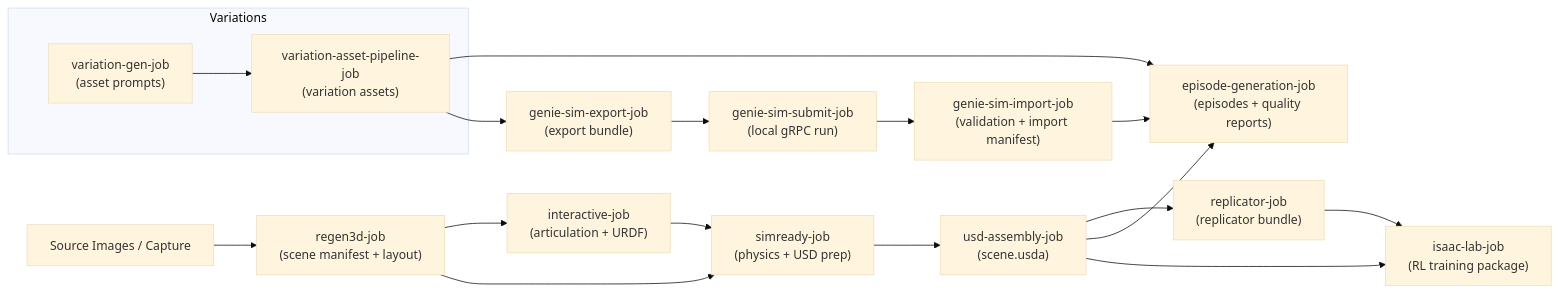
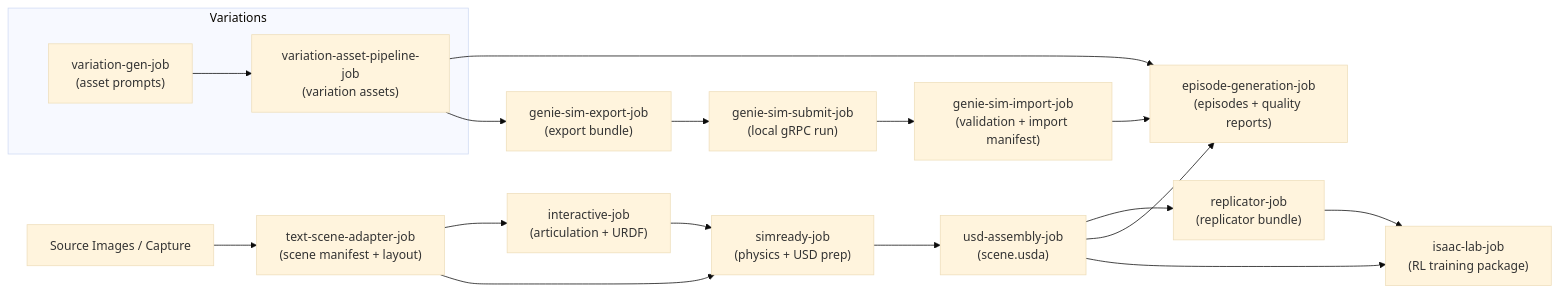
The diagram in docs/architecture/pipeline-overview.md (ognjhunt/BlueprintPipeline), drawn with Mermaid (base theme) before and after one commit. The commit also changed 157 other files, not shown here.

````diff
--- a/docs/architecture/pipeline-overview.md
+++ b/docs/architecture/pipeline-overview.md
@@ -8,37 +8,37 @@
 ```mermaid
 flowchart LR
     %% External inputs
-    source["Source Images / Capture"] --> regen3d["regen3d-job\n(scene manifest + layout)"]
+    source["Source Images / Capture"] --> stage1["text-scene-adapter-job\n(scene manifest + layout)"]
 
     %% Core asset preparation
-    regen3d --> interactive["interactive-job\n(articulation + URDF)"]
-    regen3d --> simready["simready-job\n(physics + USD prep)"]
+    stage1 --> interactive["interactive-job\n(articulation + URDF)"]
+    stage1 --> simready["simready-job\n(physics + USD prep)"]
     interactive --> simready
 
     %% Scene assembly
     simready --> usdassembly["usd-assembly-job\n(scene.usda)"]
     usdassembly --> replicator["replicator-job\n(replicator bundle)"]
 
     %% Variation assets pipeline
     subgraph Variations
         variationgen["variation-gen-job\n(asset prompts)"]
         variationassets["variation-asset-pipeline-job\n(variation assets)"]
         variationgen --> variationassets
     end
 
     %% Episode generation and downstream consumers
     usdassembly --> episodegen["episode-generation-job\n(episodes + quality reports)"]
     variationassets --> episodegen
 
     %% Genie Sim integration
     variationassets --> geniesimexport["genie-sim-export-job\n(export bundle)"]
     geniesimexport --> geniesimsubmit["genie-sim-submit-job\n(local gRPC run)"]
     geniesimsubmit --> geniesimimport["genie-sim-import-job\n(validation + import manifest)"]
 
     %% Training and validation
     replicator --> isaaclab["isaac-lab-job\n(RL training package)"]
     usdassembly --> isaaclab
 
     %% Optional import results
     geniesimimport --> episodegen
 ```
````
